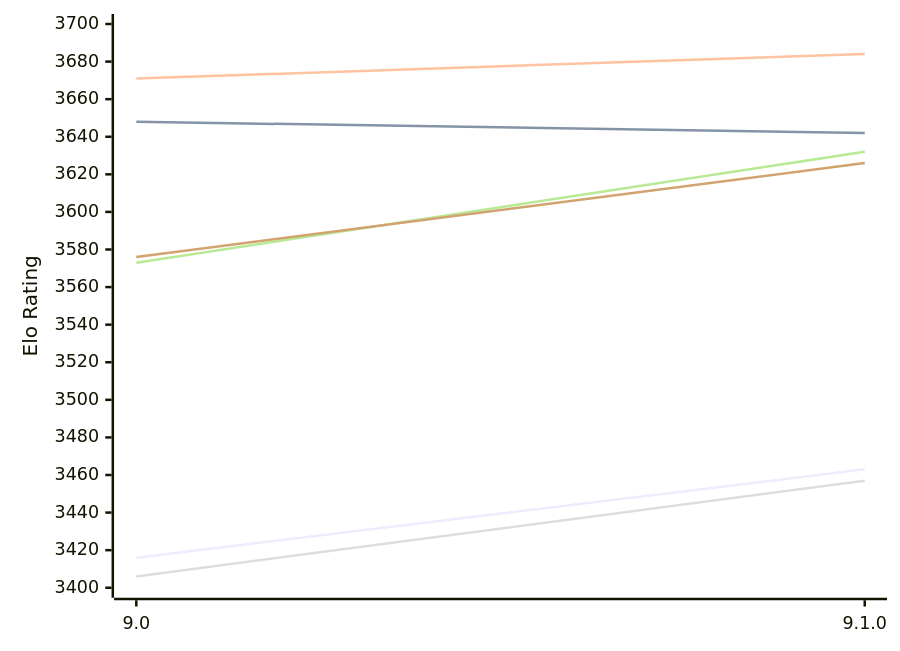
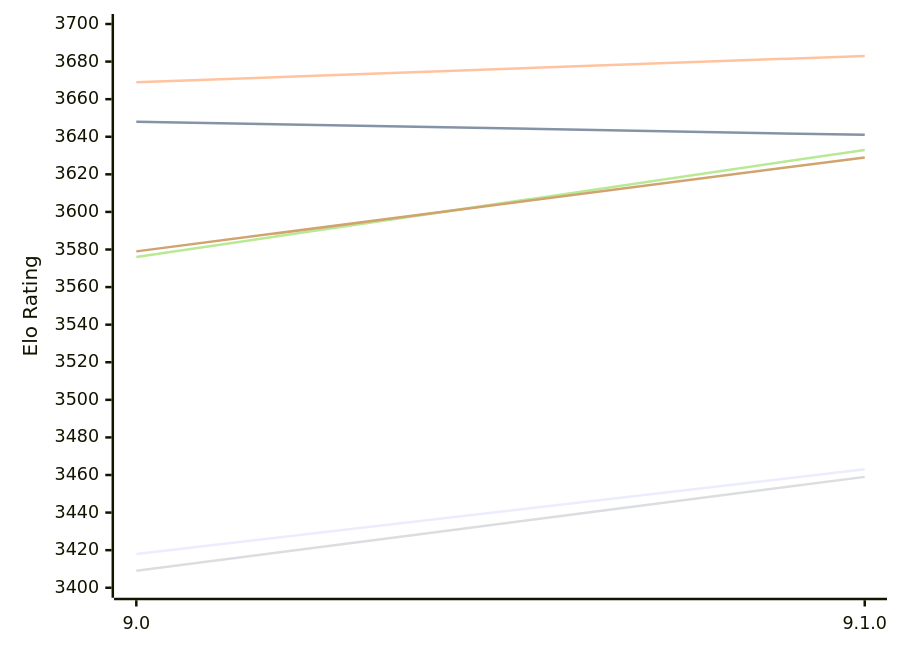
One commit to computer-chess-index/cci changed the first of 2 diagrams in engines/Alexandria.md. Above: the diagram before and after it, drawn with Mermaid. The commit also changed other lines of this file, not shown here.

Commit message:
Update CCI Ratings (ELO VLTC) - 2026-11-24

````diff
--- a/engines/Alexandria.md
+++ b/engines/Alexandria.md
@@ -54,12 +54,12 @@
 ```mermaid
 %%{init: {"theme":"base","themeVariables":{"seriesColors:['#a3a3a3','#222221','#faa371']}}}%%
 xychart-beta
   x-axis ["9.0", "9.1.0"]
   y-axis "Elo Rating" 3400 --> 3700
-  line "E1: STC (8.0+0.08s)" [3416, 3463]
-  line "E1: LTC (60.0+0.60s)" [3648, 3642]
-  line "E1: VLTC (2m24s+1.12s)" [3671, 3684]
-  line "P1: STC (8.0+0.08s)" [3406, 3457]
-  line "P1: LTC (60.0+0.60s)" [3573, 3632]
-  line "P1: VLTC (2m24s+1.12s)" [3576, 3626]
+  line "E1: STC (8.0+0.08s)" [3418, 3463]
+  line "E1: LTC (60.0+0.60s)" [3648, 3641]
+  line "E1: VLTC (2m24s+1.12s)" [3669, 3683]
+  line "P1: STC (8.0+0.08s)" [3409, 3459]
+  line "P1: LTC (60.0+0.60s)" [3576, 3633]
+  line "P1: VLTC (2m24s+1.12s)" [3579, 3629]
 ```
````
